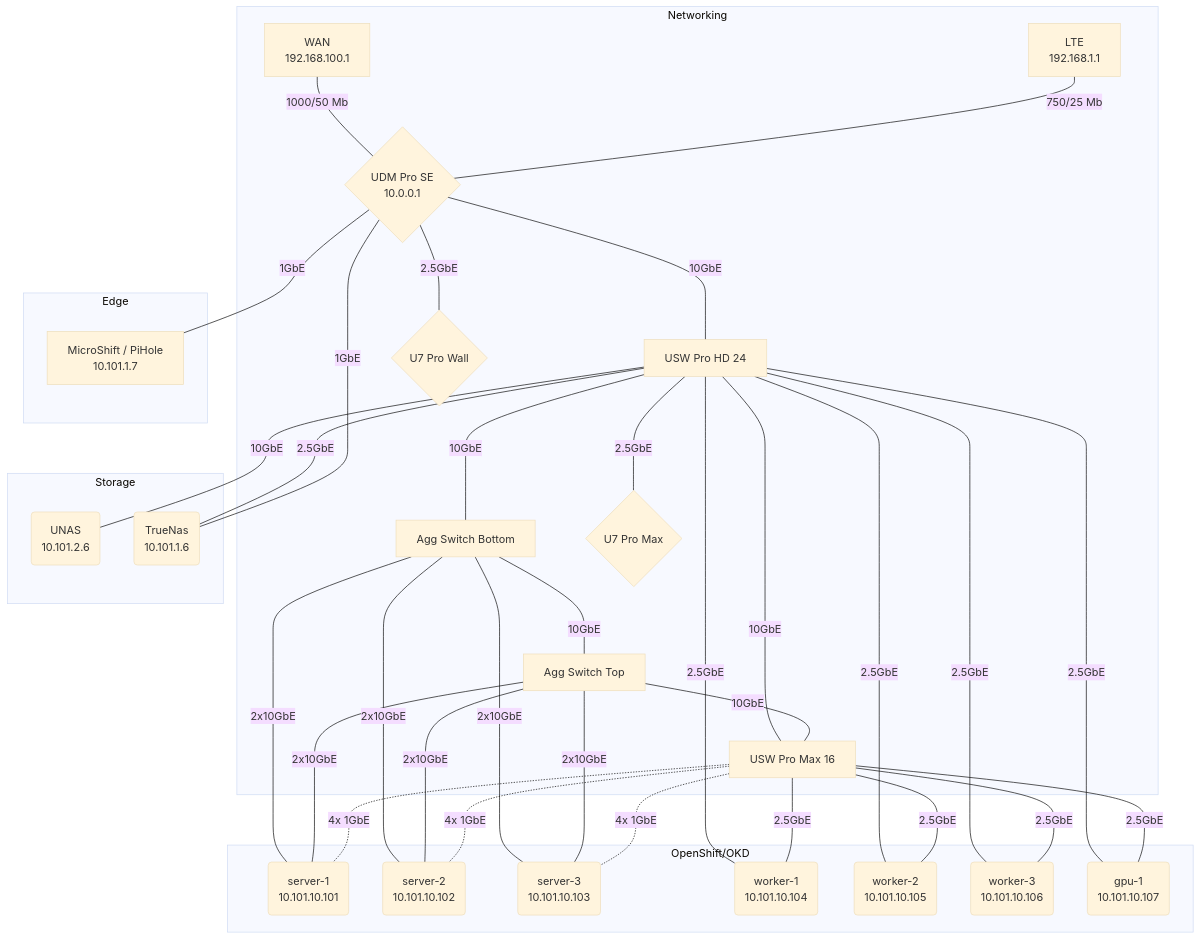
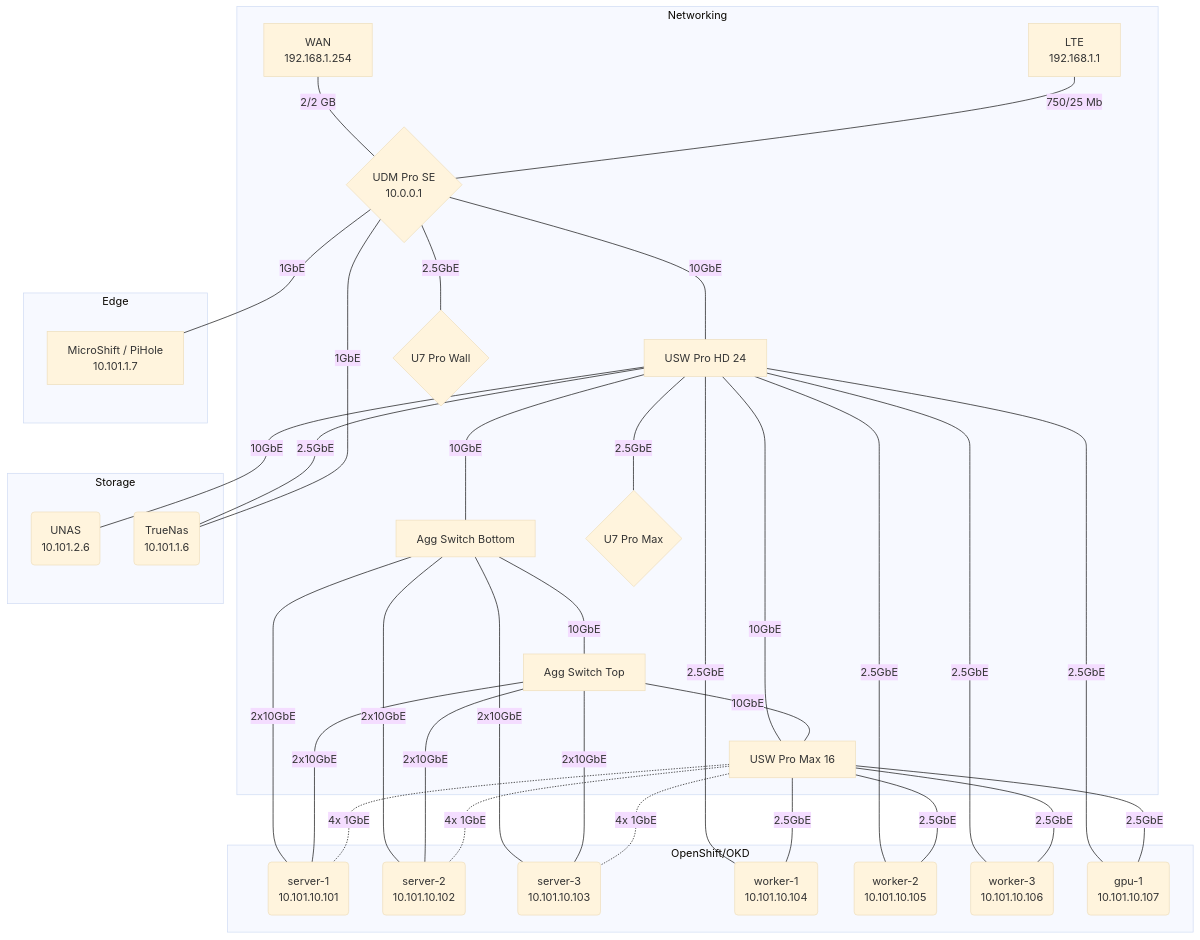
One commit to ArthurVardevanyan/HomeLab changed the second of 2 diagrams in README.md. Above: the diagram before and after it, drawn with Mermaid (base theme). The commit also changed 7 other files, not shown here.

````diff
--- a/README.md
+++ b/README.md
@@ -239,58 +239,58 @@
 ```mermaid
 graph TD
  linkStyle default interpolate basis
 
 subgraph Networking
-    wan1[<center>WAN<br>192.168.100.1</center>]---|1000/50 Mb|router{<center>UDM Pro SE<br>10.0.0.1</center>}
+    wan1[<center>WAN<br>192.168.1.254</center>]---|2/2 GB|router{<center>UDM Pro SE<br>10.0.0.1</center>}
     wan2[<center>LTE<br>192.168.1.1</center>]---|750/25 Mb|router
 
     router---|10GbE|switch_hd[<center>USW Pro HD 24</center>]
 
     switch_hd---|10GbE|switch_agg_bot[<center>Agg Switch Bottom</center>]
     switch_hd---|10GbE|switch_max[<center>USW Pro Max 16</center>]
 
     switch_agg_bot---|10GbE|switch_agg_top[<center>Agg Switch Top</center>]
     switch_agg_top---|10GbE|switch_max
 
     router---|2.5GbE|ap1{<center>U7 Pro Wall<br></center>}
     switch_hd---|2.5GbE|ap2{<center>U7 Pro Max<br></center>}
 end
 
 subgraph Storage
     switch_hd---|10GbE|unas(<center>UNAS<br>10.101.2.6</center>)
     switch_hd---|2.5GbE|truenas(<center>TrueNas<br>10.101.1.6</center>)
     router---|1GbE|truenas
 end
 
 subgraph "OpenShift/OKD"
     %% Control Plane
     switch_agg_bot---|2x10GbE|server1(<center>server-1<br>10.101.10.101</center>)
     switch_agg_top---|2x10GbE|server1
     switch_max-.-|4x 1GbE|server1
 
     switch_agg_bot---|2x10GbE|server2(<center>server-2<br>10.101.10.102</center>)
     switch_agg_top---|2x10GbE|server2
     switch_max-.-|4x 1GbE|server2
 
     switch_agg_bot---|2x10GbE|server3(<center>server-3<br>10.101.10.103</center>)
     switch_agg_top---|2x10GbE|server3
     switch_max-.-|4x 1GbE|server3
 
     %% Workers & GPU
     switch_hd---|2.5GbE|worker1(<center>worker-1<br>10.101.10.104</center>)
     switch_max---|2.5GbE|worker1
 
     switch_hd---|2.5GbE|worker2(<center>worker-2<br>10.101.10.105</center>)
     switch_max---|2.5GbE|worker2
 
     switch_hd---|2.5GbE|worker3(<center>worker-3<br>10.101.10.106</center>)
     switch_max---|2.5GbE|worker3
 
     switch_hd---|2.5GbE|gpu1(<center>gpu-1<br>10.101.10.107</center>)
     switch_max---|2.5GbE|gpu1
 end
 
 subgraph Edge
     router---|1GbE|microshift[<center>MicroShift / PiHole<br>10.101.1.7</center>]
 end
 ```
````
